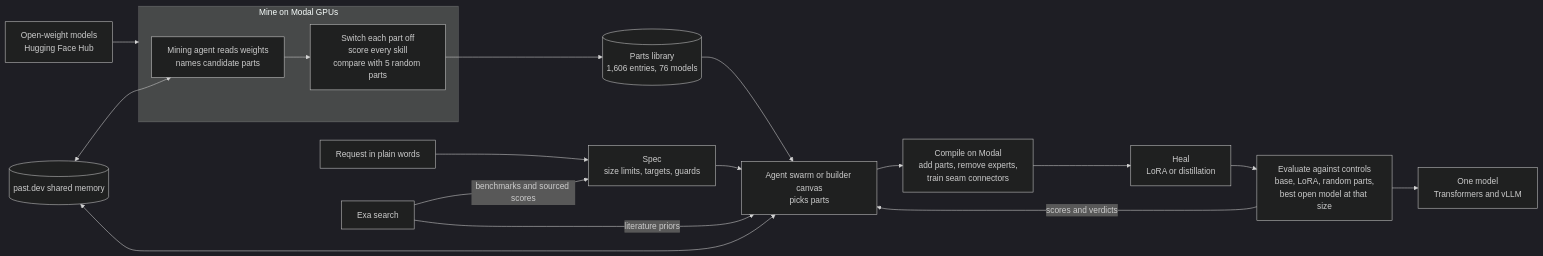
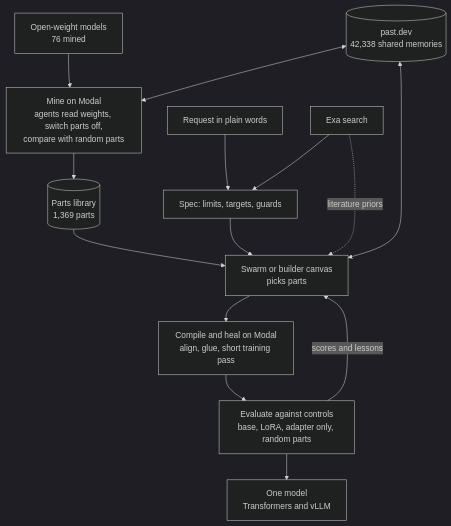
Before and after one commit to trisanths/wsp: the diagram in README.md, drawn with Mermaid (dark theme). The commit also changed other lines of this file and 19 other files, not shown here.

````diff
--- a/README.md
+++ b/README.md
@@ -48,20 +73,16 @@
 ```mermaid
-flowchart LR
-    HF["Open-weight models<br/>Hugging Face Hub"] --> MINE
-    subgraph MINE["Mine on Modal GPUs"]
-        A["Mining agent reads weights<br/>names candidate parts"] --> B["Switch each part off<br/>score every skill<br/>compare with 5 random parts"]
-    end
-    B --> LIB[("Parts library<br/>1,606 entries, 76 models")]
-    REQ["Request in plain words"] --> SPEC["Spec<br/>size limits, targets, guards"]
-    EXA["Exa search"] -->|benchmarks and sourced scores| SPEC
-    EXA -->|literature priors| SWARM
-    SPEC --> SWARM["Agent swarm or builder canvas<br/>picks parts"]
-    LIB --> SWARM
-    SWARM --> COMP["Compile on Modal<br/>add parts, remove experts,<br/>train seam connectors"]
-    COMP --> HEAL["Heal<br/>LoRA or distillation"]
-    HEAL --> EVAL["Evaluate against controls<br/>base, LoRA, random parts,<br/>best open model at that size"]
-    EVAL -->|scores and verdicts| SWARM
+flowchart TD
+    HF["Open-weight models<br/>76 mined"] --> MINE["Mine on Modal<br/>agents read weights, switch parts off,<br/>compare with random parts"]
+    MINE --> LIB[("Parts library<br/>1,369 parts")]
+    MEM[("past.dev<br/>42,338 shared memories")] <--> MINE
+    REQ["Request in plain words"] --> SPEC["Spec: limits, targets, guards"]
+    EXA["Exa search"] --> SPEC
+    LIB --> BUILD["Swarm or builder canvas<br/>picks parts"]
+    SPEC --> BUILD
+    EXA -. literature priors .-> BUILD
+    MEM <--> BUILD
+    BUILD --> COMP["Compile and heal on Modal<br/>align, glue, short training pass"]
+    COMP --> EVAL["Evaluate against controls<br/>base, LoRA, adapter only, random parts"]
+    EVAL -- scores and lessons --> BUILD
     EVAL --> OUT["One model<br/>Transformers and vLLM"]
-    MEM[("past.dev shared memory")] <--> A
-    MEM <--> SWARM
 ```
````
